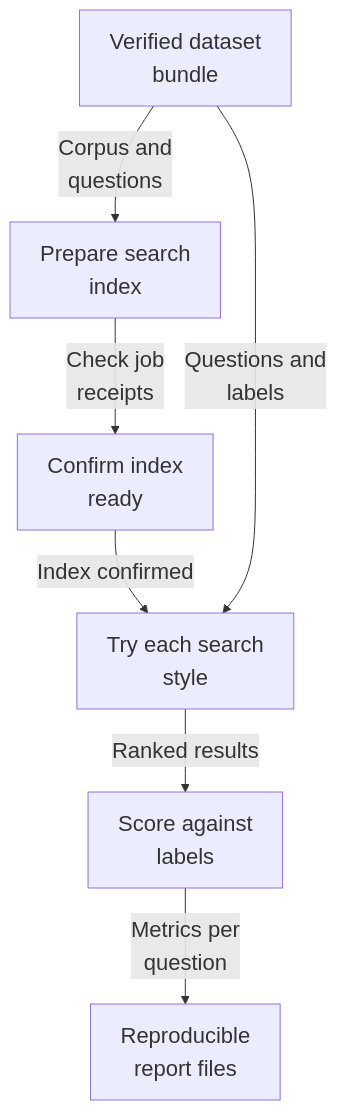
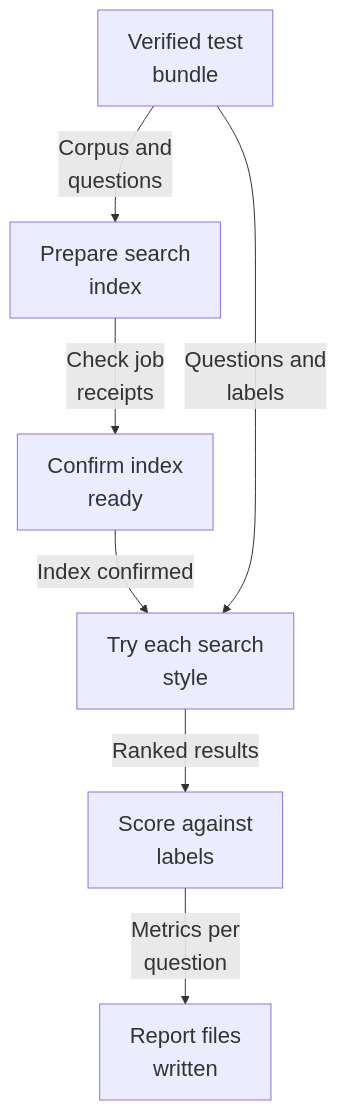
The second of 6 diagrams in README.md (Justin-Mendoza/Afterclass), drawn with Mermaid before and after one commit. The commit also changed other lines of this file and 85 other files, not shown here.

````diff
--- a/README.md
+++ b/README.md
@@ -39,16 +40,16 @@
 ```mermaid
 %%{init: {"themeVariables": {"fontSize": "22px"}}}%%
 flowchart TD
-  n0["Verified dataset<br/>bundle"]
+  n0["Verified test<br/>bundle"]
   n1["Prepare search<br/>index"]
   n2["Confirm index<br/>ready"]
   n3["Try each search<br/>style"]
   n4["Score against<br/>labels"]
-  n5["Reproducible<br/>report files"]
+  n5["Report files<br/>written"]
   n0 -->|"Corpus and<br/>questions"| n1
   n1 -->|"Check job<br/>receipts"| n2
   n2 -->|"Index confirmed"| n3
   n3 -->|"Ranked results"| n4
   n4 -->|"Metrics per<br/>question"| n5
   n0 -->|"Questions and<br/>labels"| n3
 ```
````
